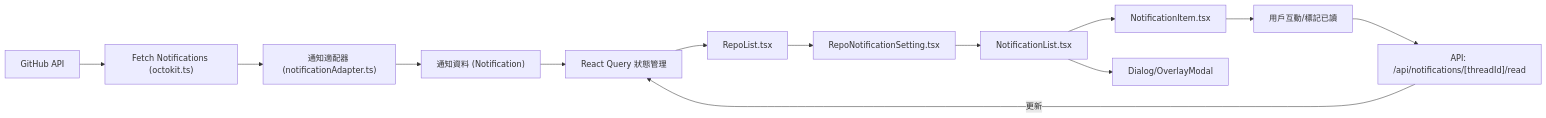
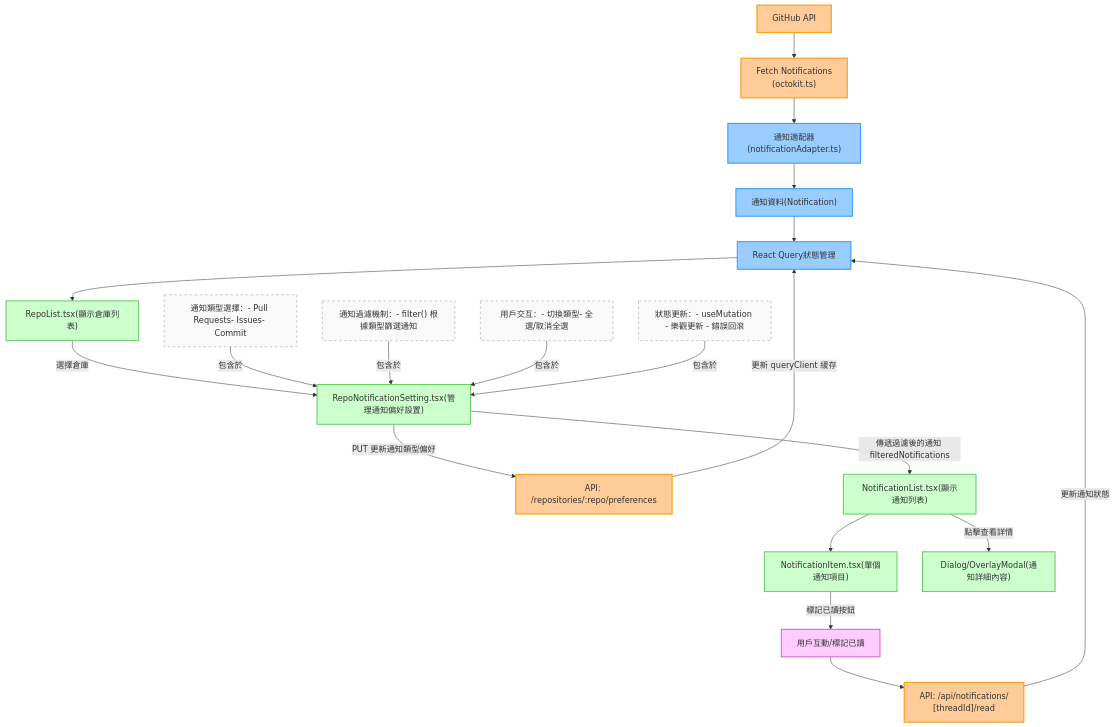
The diagram in docs/architecture/notification-flow.mmd (richart-coder/github-dashboard), drawn with Mermaid before and after one commit.

Commit message:
docs: 更新通知系統 mermaid 流程圖 (notification-flow.mmd)

```diff
--- a/docs/architecture/notification-flow.mmd
+++ b/docs/architecture/notification-flow.mmd
@@ -1,13 +1,44 @@
-flowchart LR
-    A["GitHub API"] --> B["Fetch Notifications (octokit.ts)"]
-    B --> C["通知適配器 (notificationAdapter.ts)"]
-    C --> D["通知資料 (Notification)"]
-    D --> E["React Query 狀態管理"]
-    E --> F["RepoList.tsx"]
-    F --> G["RepoNotificationSetting.tsx"]
-    G --> H["NotificationList.tsx"]
-    H --> I["NotificationItem.tsx"]
-    H --> J["Dialog/OverlayModal"]
-    I --> K["用戶互動/標記已讀"]
-    K --> L["API: /api/notifications/[threadId]/read"]
-    L -->|更新| E
+flowchart TD
+    %% 數據層
+    A["GitHub API"] --> B["Fetch Notifications\n(octokit.ts)"]
+    B --> C["通知適配器(notificationAdapter.ts)"]
+    C --> D["通知資料(Notification)"]
+    D --> E["React Query狀態管理"]
+    
+    %% 倉庫層
+    E --> F["RepoList.tsx(顯示倉庫列表)"]
+    F -->|"選擇倉庫"| G["RepoNotificationSetting.tsx(管理通知偏好設置)"]
+    
+    %% RepoNotificationSetting 詳細功能
+    G1["通知類型選擇：- Pull Requests- Issues- Commit"] -->|"包含於"| G
+    G2["通知過濾機制：- filter() 根據類型篩選通知"] -->|"包含於"| G
+    G3["用戶交互：- 切換類型- 全選/取消全選"] -->|"包含於"| G
+    G4["狀態更新：- useMutation - 樂觀更新 - 錯誤回滾"] -->|"包含於"| G
+    
+    %% 倉庫偏好設置流程
+    G -->|"PUT 更新通知類型偏好"| M["API: /repositories/:repo/preferences"]
+    M -->|"更新 queryClient 緩存"| E
+    
+    %% 通知顯示層
+    G -->|"傳遞過濾後的通知 filteredNotifications"| H["NotificationList.tsx(顯示通知列表)"]
+    H --> I["NotificationItem.tsx(單個通知項目)"]
+    H -->|"點擊查看詳情"| J["Dialog/OverlayModal(通知詳細內容)"]
+    
+    %% 用戶交互層
+    I -->|"標記已讀按鈕"| K["用戶互動/標記已讀"]
+    K --> L["API: /api/notifications/\n[threadId]/read"]
+    L -->|"更新通知狀態"| E
+    
+    %% 樣式定義
+    classDef apiNode fill:#ffcc99,stroke:#ff9900,stroke-width:2px;
+    classDef dataNode fill:#99ccff,stroke:#3399ff,stroke-width:2px;
+    classDef componentNode fill:#ccffcc,stroke:#66cc66,stroke-width:2px;
+    classDef actionNode fill:#ffccff,stroke:#cc66cc,stroke-width:2px;
+    classDef detailNode fill:#f9f9f9,stroke:#999999,stroke-width:1px,stroke-dasharray: 5 5;
+    
+    %% 應用樣式
+    class A,B,M,L apiNode;
+    class C,D,E dataNode;
+    class F,G,H,I,J componentNode;
+    class K actionNode;
+    class G1,G2,G3,G4 detailNode;
```
